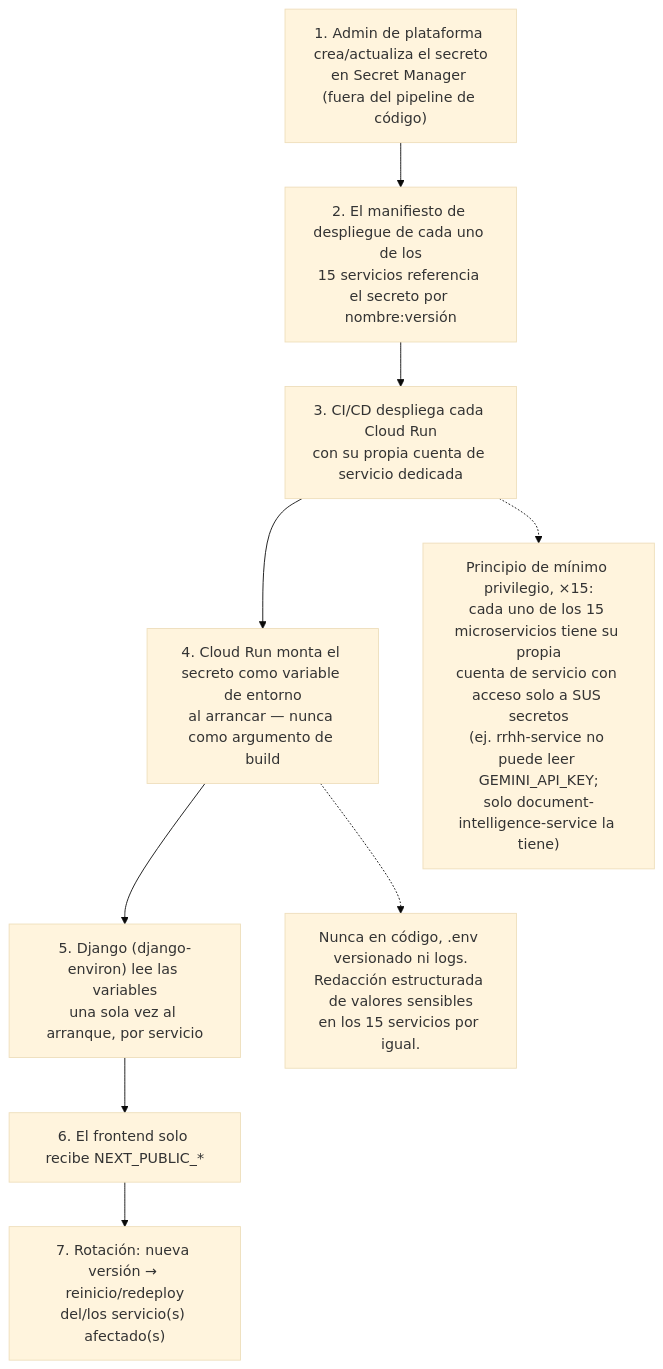
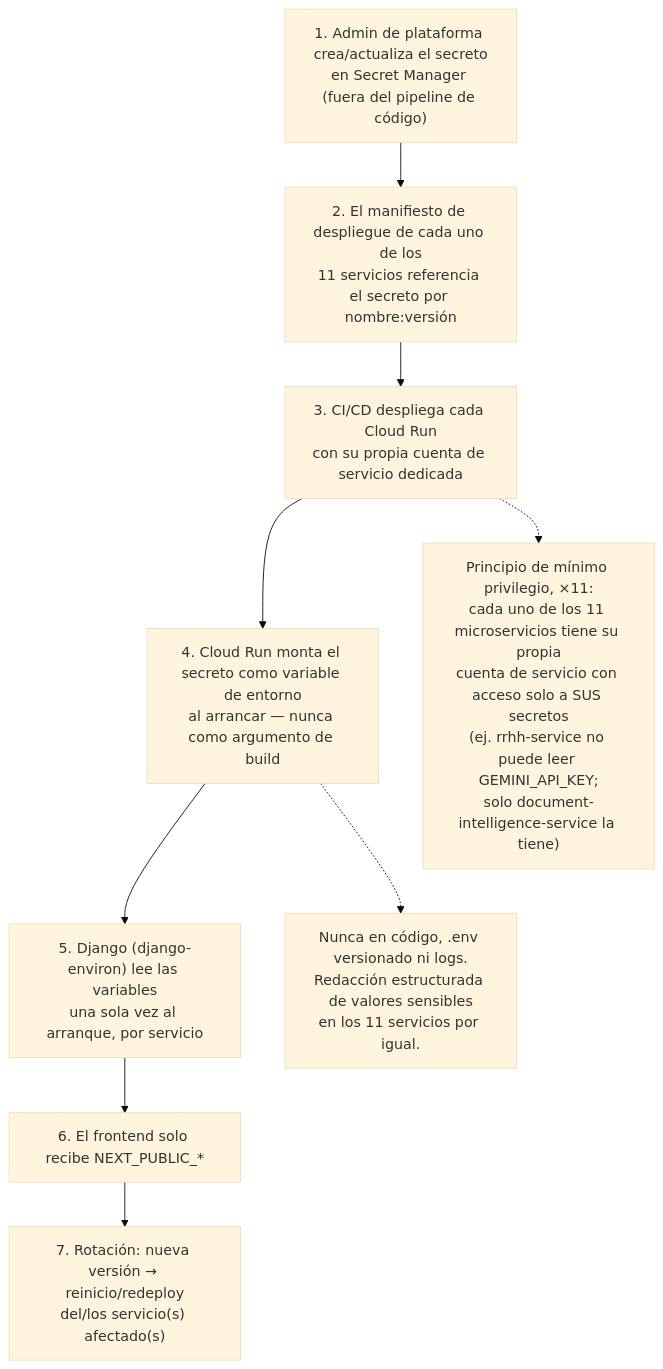
The seventh of 10 diagrams in docs/architecture/README.md (mariana747/CumbresBI), drawn with Mermaid (base theme) before and after one commit. The commit also changed other lines of this file, not shown here.

Commit message:
docs(architecture): actualizar catalogo de microservicios y despliegues

````diff
--- a/docs/architecture/README.md
+++ b/docs/architecture/README.md
@@ -358,16 +354,16 @@
 ```mermaid
 flowchart TB
     S1["1. Admin de plataforma crea/actualiza el secreto<br/>en Secret Manager (fuera del pipeline de código)"]
-    S2["2. El manifiesto de despliegue de cada uno de los<br/>15 servicios referencia el secreto por nombre:versión"]
+    S2["2. El manifiesto de despliegue de cada uno de los<br/>11 servicios referencia el secreto por nombre:versión"]
     S3["3. CI/CD despliega cada Cloud Run<br/>con su propia cuenta de servicio dedicada"]
     S4["4. Cloud Run monta el secreto como variable de entorno<br/>al arrancar — nunca como argumento de build"]
     S5["5. Django (django-environ) lee las variables<br/>una sola vez al arranque, por servicio"]
     S6["6. El frontend solo recibe NEXT_PUBLIC_*"]
     S7["7. Rotación: nueva versión → reinicio/redeploy<br/>del/los servicio(s) afectado(s)"]
-    MP["Principio de mínimo privilegio, ×15:<br/>cada uno de los 15 microservicios tiene su propia<br/>cuenta de servicio con acceso solo a SUS secretos<br/>(ej. rrhh-service no puede leer GEMINI_API_KEY;<br/>solo document-intelligence-service la tiene)"]
-    NL["Nunca en código, .env versionado ni logs.<br/>Redacción estructurada de valores sensibles<br/>en los 15 servicios por igual."]
+    MP["Principio de mínimo privilegio, ×11:<br/>cada uno de los 11 microservicios tiene su propia<br/>cuenta de servicio con acceso solo a SUS secretos<br/>(ej. rrhh-service no puede leer GEMINI_API_KEY;<br/>solo document-intelligence-service la tiene)"]
+    NL["Nunca en código, .env versionado ni logs.<br/>Redacción estructurada de valores sensibles<br/>en los 11 servicios por igual."]
 
     S1 --> S2 --> S3 --> S4 --> S5 --> S6 --> S7
     S3 -.-> MP
     S4 -.-> NL
 ```
````
